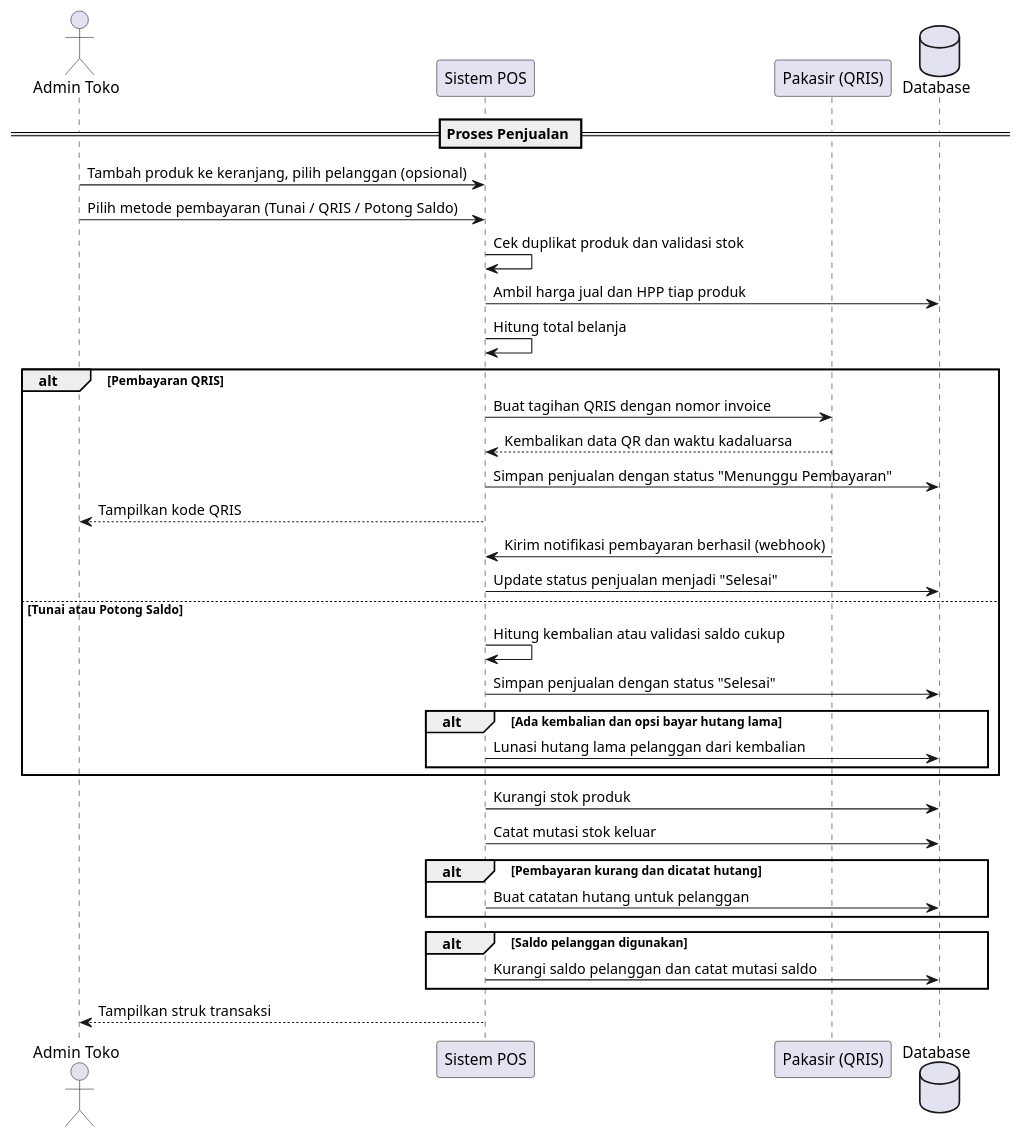
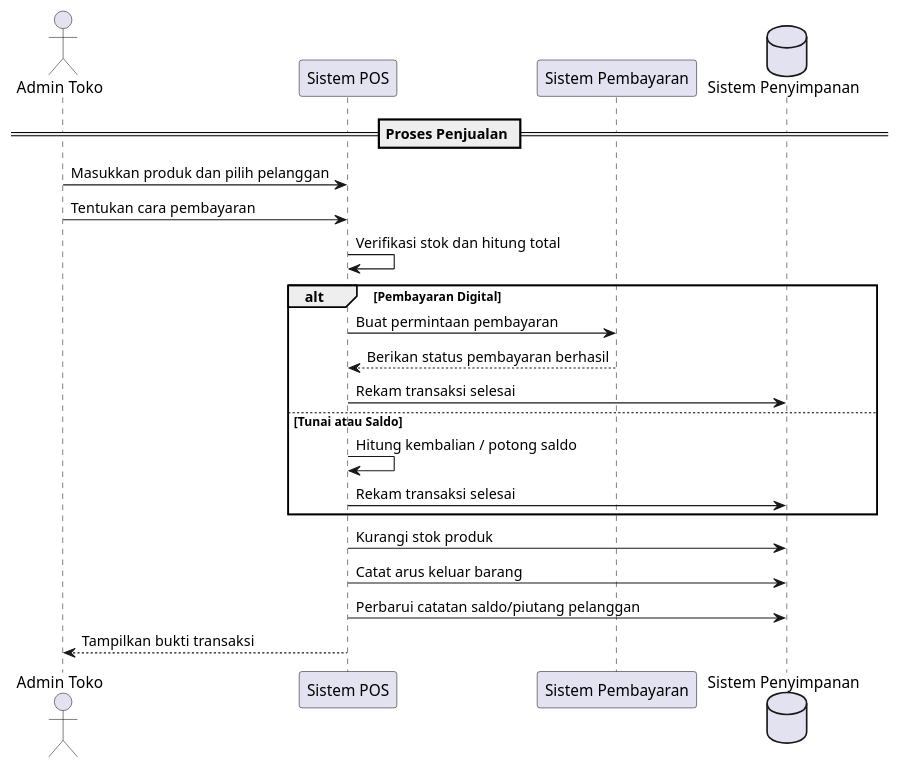
Before and after one commit to Aditiarzky/pos-app: the diagram in docs/uml-sequence-sales.puml, drawn with PlantUML. The commit also changed 21 other files, not shown here.

```diff
--- a/docs/uml-sequence-sales.puml
+++ b/docs/uml-sequence-sales.puml
@@ -1,38 +1,25 @@
 @startuml
 actor "Admin Toko" as Admin
 participant "Sistem POS" as App
-participant "Pakasir (QRIS)" as Pakasir
-database "Database" as DB
+participant "Sistem Pembayaran" as Pay
+database "Sistem Penyimpanan" as DB
 
 == Proses Penjualan ==
-Admin -> App: Tambah produk ke keranjang, pilih pelanggan (opsional)
-Admin -> App: Pilih metode pembayaran (Tunai / QRIS / Potong Saldo)
-App -> App: Cek duplikat produk dan validasi stok
-App -> DB: Ambil harga jual dan HPP tiap produk
-App -> App: Hitung total belanja
+Admin -> App: Masukkan produk dan pilih pelanggan
+Admin -> App: Tentukan cara pembayaran
+App -> App: Verifikasi stok dan hitung total
 
-alt Pembayaran QRIS
-  App -> Pakasir: Buat tagihan QRIS dengan nomor invoice
-  Pakasir --> App: Kembalikan data QR dan waktu kadaluarsa
-  App -> DB: Simpan penjualan dengan status "Menunggu Pembayaran"
-  App --> Admin: Tampilkan kode QRIS
-  Pakasir -> App: Kirim notifikasi pembayaran berhasil (webhook)
-  App -> DB: Update status penjualan menjadi "Selesai"
-else Tunai atau Potong Saldo
-  App -> App: Hitung kembalian atau validasi saldo cukup
-  App -> DB: Simpan penjualan dengan status "Selesai"
-  alt Ada kembalian dan opsi bayar hutang lama
-    App -> DB: Lunasi hutang lama pelanggan dari kembalian
-  end
+alt Pembayaran Digital
+  App -> Pay: Buat permintaan pembayaran
+  Pay --> App: Berikan status pembayaran berhasil
+  App -> DB: Rekam transaksi selesai
+else Tunai atau Saldo
+  App -> App: Hitung kembalian / potong saldo
+  App -> DB: Rekam transaksi selesai
 end
 
 App -> DB: Kurangi stok produk
-App -> DB: Catat mutasi stok keluar
-alt Pembayaran kurang dan dicatat hutang
-  App -> DB: Buat catatan hutang untuk pelanggan
-end
-alt Saldo pelanggan digunakan
-  App -> DB: Kurangi saldo pelanggan dan catat mutasi saldo
-end
-App --> Admin: Tampilkan struk transaksi
+App -> DB: Catat arus keluar barang
+App -> DB: Perbarui catatan saldo/piutang pelanggan
+App --> Admin: Tampilkan bukti transaksi
 @enduml
```
